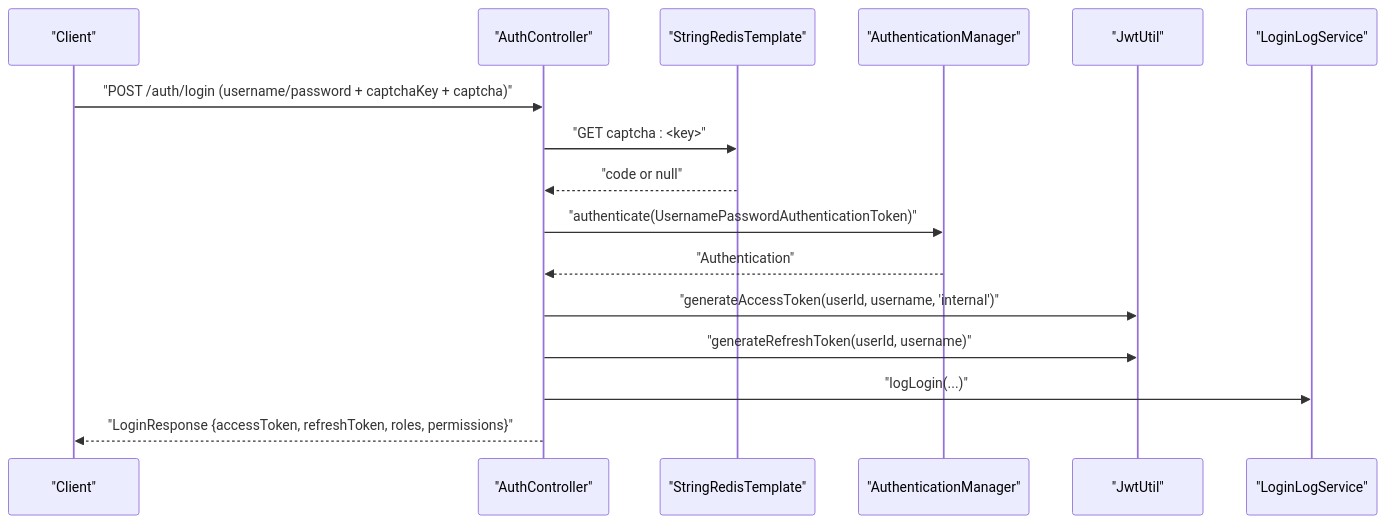
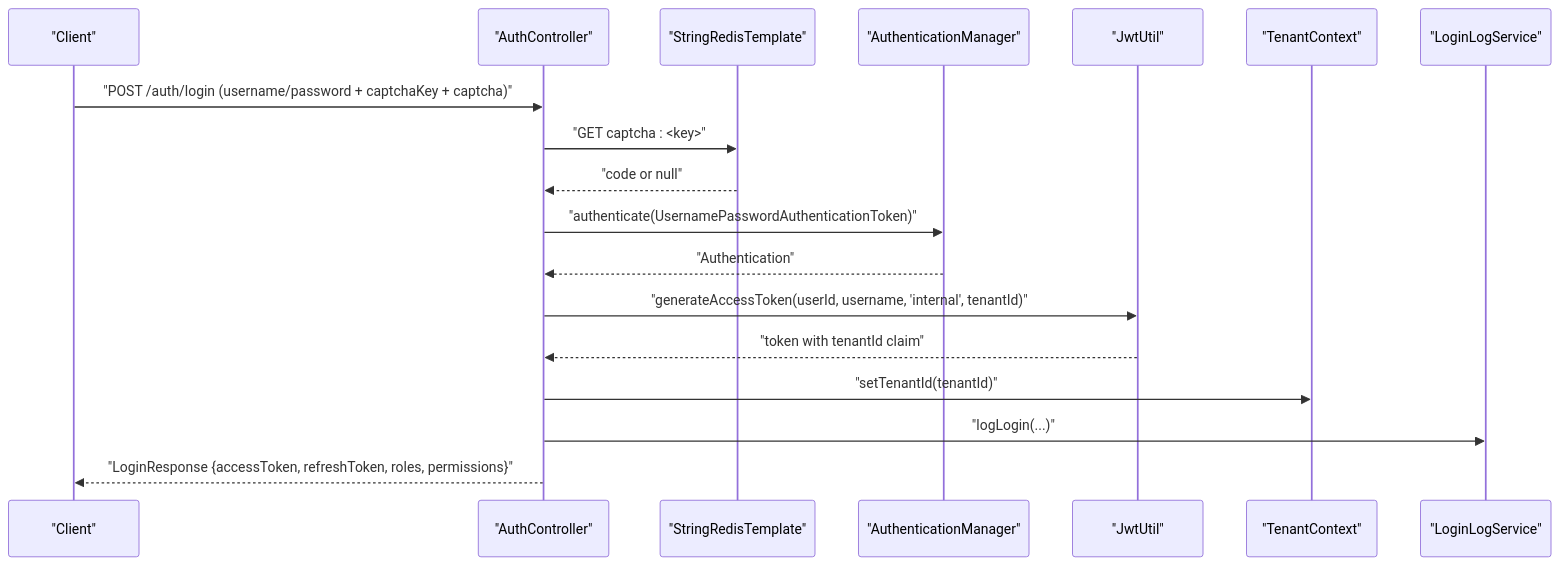
The fifth of 9 diagrams in .qoder/repowiki/en/content/Authentication & Authorization/Authentication & Authorization.md (bo961386926/Survey-App), drawn with Mermaid before and after one commit. The commit also changed other lines of this file and 18 other files, not shown here.

````diff
--- a/.qoder/repowiki/en/content/Authentication & Authorization/Authentication & Authorization.md
+++ b/.qoder/repowiki/en/content/Authentication & Authorization/Authentication & Authorization.md
@@ -214,18 +275,20 @@
 ```mermaid
 sequenceDiagram
 participant Client as "Client"
 participant Auth as "AuthController"
 participant Redis as "StringRedisTemplate"
 participant AM as "AuthenticationManager"
 participant JWT as "JwtUtil"
+participant TCtx as "TenantContext"
 participant Log as "LoginLogService"
 Client->>Auth : "POST /auth/login (username/password + captchaKey + captcha)"
 Auth->>Redis : "GET captcha : <key>"
 Redis-->>Auth : "code or null"
 Auth->>AM : "authenticate(UsernamePasswordAuthenticationToken)"
 AM-->>Auth : "Authentication"
-Auth->>JWT : "generateAccessToken(userId, username, 'internal')"
-Auth->>JWT : "generateRefreshToken(userId, username)"
+Auth->>JWT : "generateAccessToken(userId, username, 'internal', tenantId)"
+JWT-->>Auth : "token with tenantId claim"
+Auth->>TCtx : "setTenantId(tenantId)"
 Auth->>Log : "logLogin(...)"
 Auth-->>Client : "LoginResponse {accessToken, refreshToken, roles, permissions}"
 ```
````
